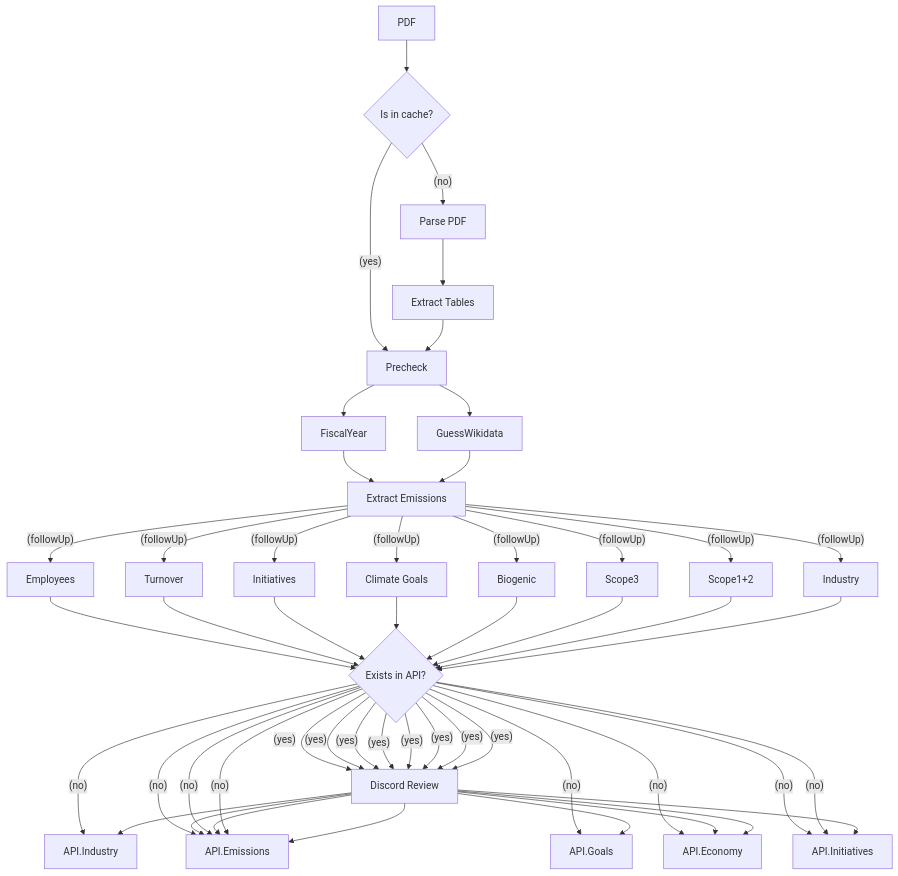
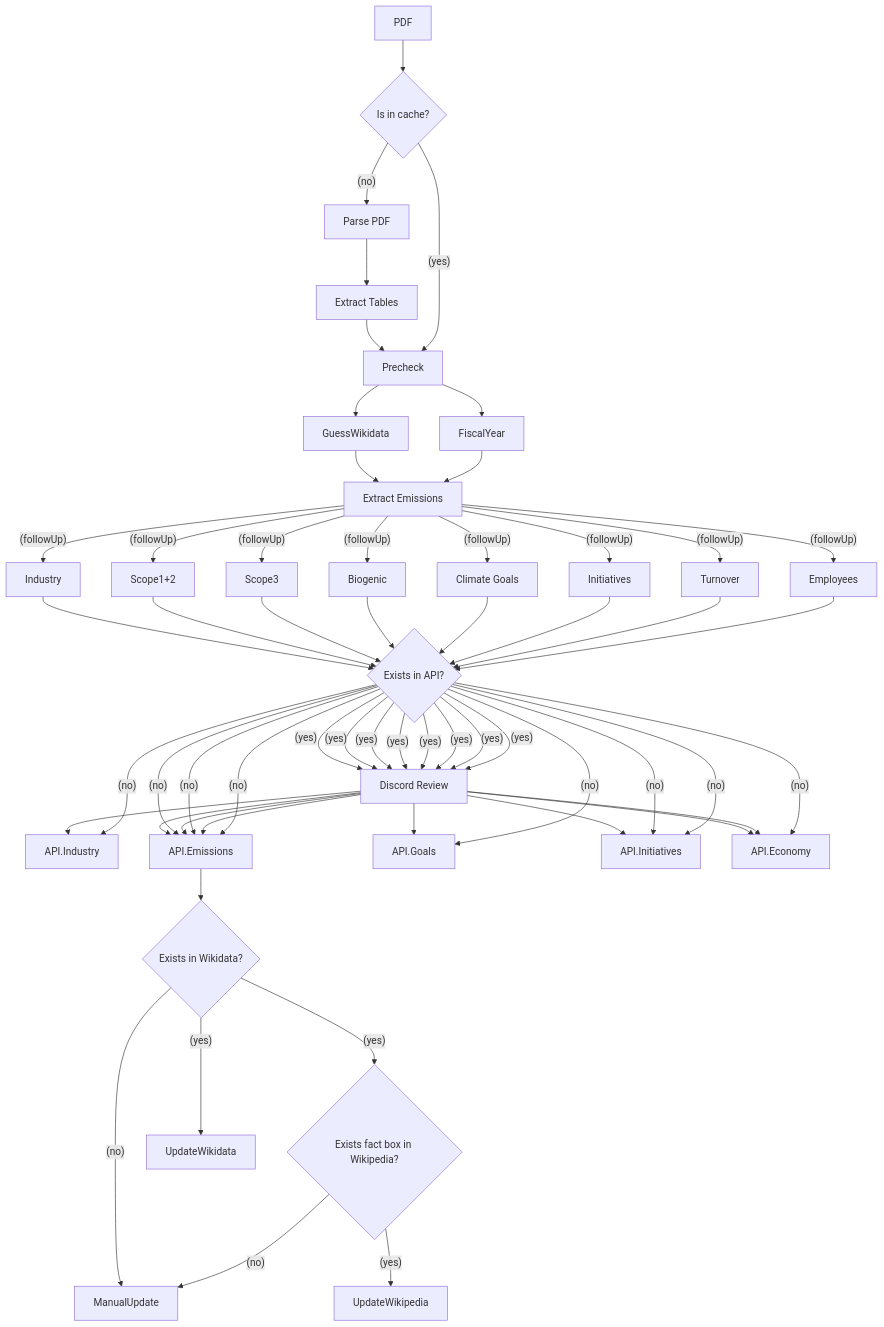
The diagram in README.md (Klimatbyran/garbo), drawn with Mermaid before and after one commit.

Commit message:
feat: update schematics for wikidata update

````diff
--- a/README.md
+++ b/README.md
@@ -19,39 +19,55 @@
 ```mermaid
 flowchart TB
 
     PDF[PDF]
     Cache{Is in cache?}
     NLM[Parse PDF]
     Tables[Extract Tables]
     Emissions[Extract Emissions]
 
     Industry[Industry]
     Goals[Climate Goals]
     Review[Discord Review]
 
     Precheck --> GuessWikidata --> Emissions
     Precheck --> FiscalYear --> Emissions
 
     PDF --> Cache --(no)--> NLM --> Tables --> Precheck
 
     Cache --(yes)--> Precheck
 
     CheckDB{Exists in API?}
 
+
     Emissions --(followUp)--> Industry --> CheckDB --(yes)--> Review --> API.Industry
                                            CheckDB --(no)--> API.Industry
     Emissions --(followUp)--> Scope1+2 --> CheckDB --(yes)--> Review --> API.Emissions
                                            CheckDB --(no)--> API.Emissions
     Emissions --(followUp)--> Scope3 --> CheckDB --(yes)--> Review --> API.Emissions
                                            CheckDB --(no)--> API.Emissions
     Emissions --(followUp)--> Biogenic --> CheckDB --(yes)--> Review --> API.Emissions
                                            CheckDB --(no)--> API.Emissions
     Emissions --(followUp)--> Goals --> CheckDB --(yes)--> Review --> API.Goals
                                            CheckDB --(no)--> API.Goals
     Emissions --(followUp)--> Initiatives --> CheckDB --(yes)--> Review --> API.Initiatives
                                            CheckDB --(no)--> API.Initiatives
     Emissions --(followUp)--> Turnover --> CheckDB --(yes)--> Review --> API.Economy
                                            CheckDB --(no)--> API.Initiatives
     Emissions --(followUp)--> Employees --> CheckDB --(yes)--> Review --> API.Economy
                                            CheckDB --(no)--> API.Economy
+
+
+    CheckWikidata{Exists in Wikidata?}
+    CheckWikipedia{Exists fact box in Wikipedia?}
+
+    API.Emissions --> CheckWikidata
+    CheckWikidata --(yes)--> UpdateWikidata
+    CheckWikidata --(no)--> ManualUpdate
+    CheckWikidata --(yes)--> CheckWikipedia
+
+    CheckWikipedia --(yes)--> UpdateWikipedia
+    CheckWikipedia --(no)--> ManualUpdate
+
+
+
 ```
````
